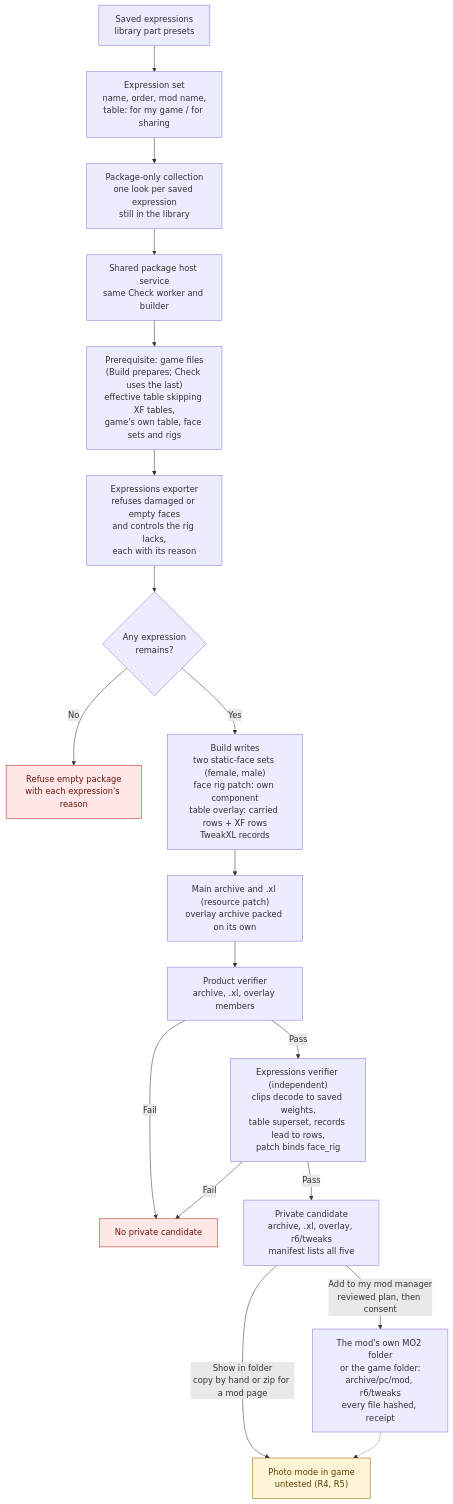
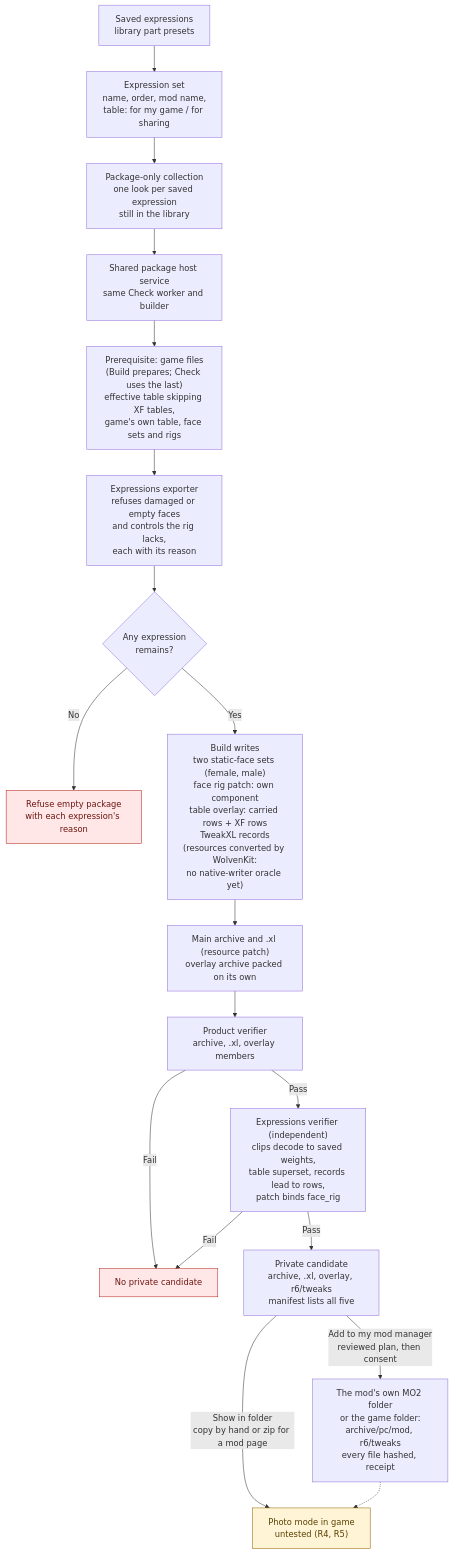
The third of 5 diagrams in research/authoring/studio-to-mod-pipeline.md (axefrog/xf-studio), drawn with Mermaid before and after one commit. The commit also changed other lines of this file and 13 other files, not shown here.

First line of the commit message:
Native writer only under an oracle; 9.0.1 only; cancellable; compressor bound to its hash; WolvenKit gate hand-over

````diff
--- a/research/authoring/studio-to-mod-pipeline.md
+++ b/research/authoring/studio-to-mod-pipeline.md
@@ -118,25 +118,25 @@
 ```mermaid
 flowchart TB
   saved["Saved expressions<br/>library part presets"] --> set["Expression set<br/>name, order, mod name,<br/>table: for my game / for sharing"]
   set --> pkg["Package-only collection<br/>one look per saved expression<br/>still in the library"]
   pkg --> hostsvc["Shared package host service<br/>same Check worker and builder"]
   hostsvc --> prereq["Prerequisite: game files<br/>(Build prepares; Check uses the last)<br/>effective table skipping XF tables,<br/>game's own table, face sets and rigs"]
   prereq --> exporter["Expressions exporter<br/>refuses damaged or empty faces<br/>and controls the rig lacks,<br/>each with its reason"]
   exporter --> ok{"Any expression<br/>remains?"}
   ok -- No --> refuse["Refuse empty package<br/>with each expression's reason"]
-  ok -- Yes --> write["Build writes<br/>two static-face sets (female, male)<br/>face rig patch: own component<br/>table overlay: carried rows + XF rows<br/>TweakXL records"]
+  ok -- Yes --> write["Build writes<br/>two static-face sets (female, male)<br/>face rig patch: own component<br/>table overlay: carried rows + XF rows<br/>TweakXL records<br/>(resources converted by WolvenKit:<br/>no native-writer oracle yet)"]
   write --> pack["Main archive and .xl (resource patch)<br/>overlay archive packed on its own"]
   pack --> pverify["Product verifier<br/>archive, .xl, overlay members"]
   pverify -- Fail --> stop["No private candidate"]
   pverify -- Pass --> fverify["Expressions verifier (independent)<br/>clips decode to saved weights,<br/>table superset, records lead to rows,<br/>patch binds face_rig"]
   fverify -- Fail --> stop
   fverify -- Pass --> candidate["Private candidate<br/>archive, .xl, overlay, r6/tweaks<br/>manifest lists all five"]
   candidate -- "Add to my mod manager<br/>reviewed plan, then consent" --> placed["The mod's own MO2 folder<br/>or the game folder:<br/>archive/pc/mod, r6/tweaks<br/>every file hashed, receipt"]
   candidate -- "Show in folder<br/>copy by hand or zip for a mod page" --> runtime["Photo mode in game<br/>untested (R4, R5)"]
   placed -.-> runtime
 
   classDef blocked fill:#ffe7e7,stroke:#b42318,color:#6e1611;
   classDef pending fill:#fff4d6,stroke:#946200,color:#594000;
   class refuse,stop blocked;
   class runtime pending;
 ```
````
